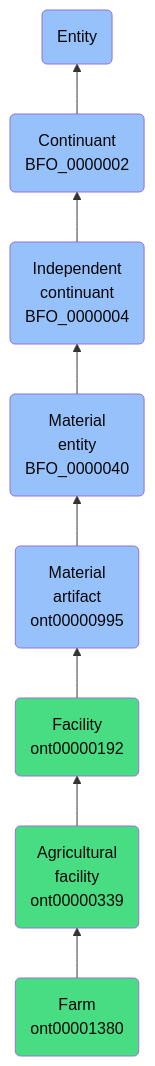
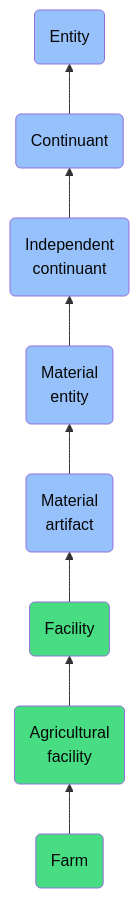
Before and after one commit to jupyter-naas/abi: the diagram in docs/ontology/reference/model/Entity/Continuant/Independent continuant/Material entity/Material artifact/Facility/Agricultural facility/Farm/Farm.md, drawn with Mermaid. The commit also changed other lines of this file and 1430 other files, not shown here.

````diff
--- a/docs/ontology/reference/model/Entity/Continuant/Independent continuant/Material entity/Material artifact/Facility/Agricultural facility/Farm/Farm.md
+++ b/docs/ontology/reference/model/Entity/Continuant/Independent continuant/Material entity/Material artifact/Facility/Agricultural facility/Farm/Farm.md
@@ -24,15 +24,15 @@
 ```mermaid
 graph BT
-    ont00001380(Farm<br>ont00001380):::ABI-->ont00000339
-    ont00000339(Agricultural<br>facility<br>ont00000339):::ABI-->ont00000192
-    ont00000192(Facility<br>ont00000192):::ABI-->ont00000995
-    ont00000995(Material<br>artifact<br>ont00000995):::BFO-->BFO_0000040
-    BFO_0000040(Material<br>entity<br>BFO_0000040):::BFO-->BFO_0000004
-    BFO_0000004(Independent<br>continuant<br>BFO_0000004):::BFO-->BFO_0000002
-    BFO_0000002(Continuant<br>BFO_0000002):::BFO-->BFO_0000001
+    ont00001380(Farm):::ABI-->ont00000339
+    ont00000339(Agricultural<br>facility):::ABI-->ont00000192
+    ont00000192(Facility):::ABI-->ont00000995
+    ont00000995(Material<br>artifact):::BFO-->BFO_0000040
+    BFO_0000040(Material<br>entity):::BFO-->BFO_0000004
+    BFO_0000004(Independent<br>continuant):::BFO-->BFO_0000002
+    BFO_0000002(Continuant):::BFO-->BFO_0000001
     BFO_0000001(Entity):::BFO
     
     classDef BFO fill:#97c1fb,color:#060606
     classDef CCO fill:#e4c51e,color:#060606
     classDef ABI fill:#48DD82,color:#060606
 ```
````
